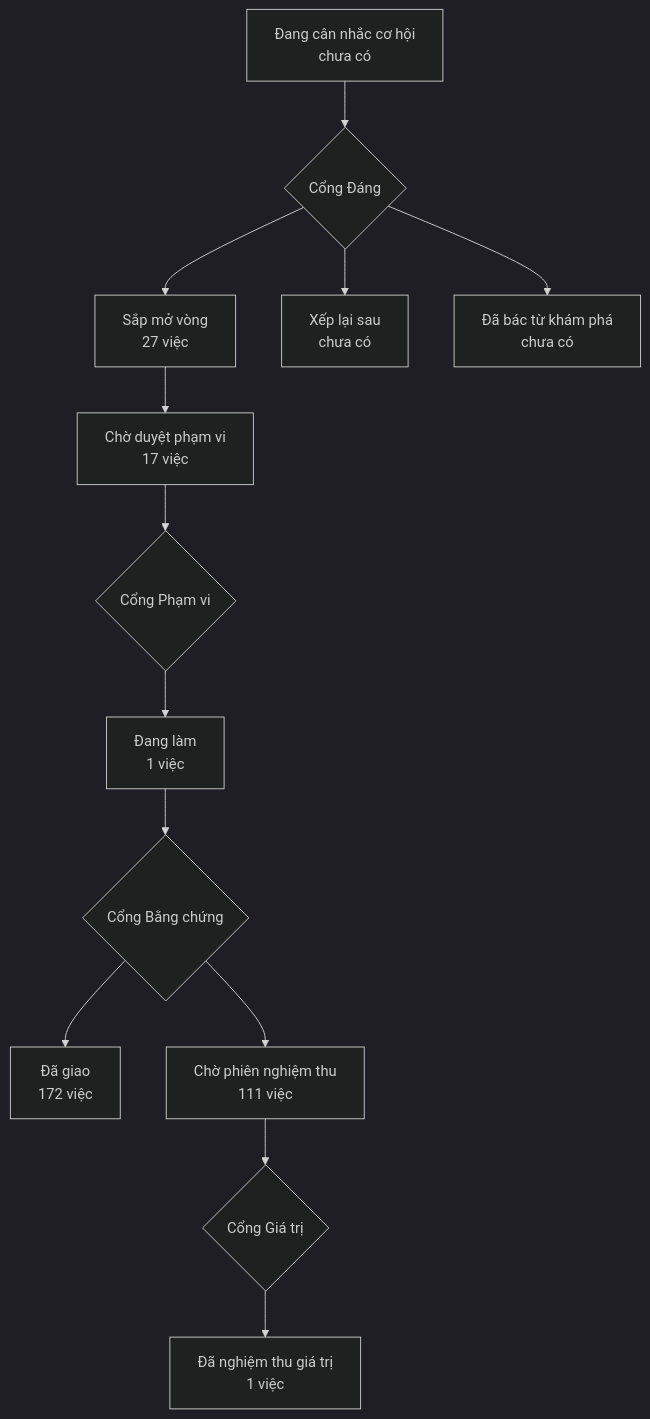
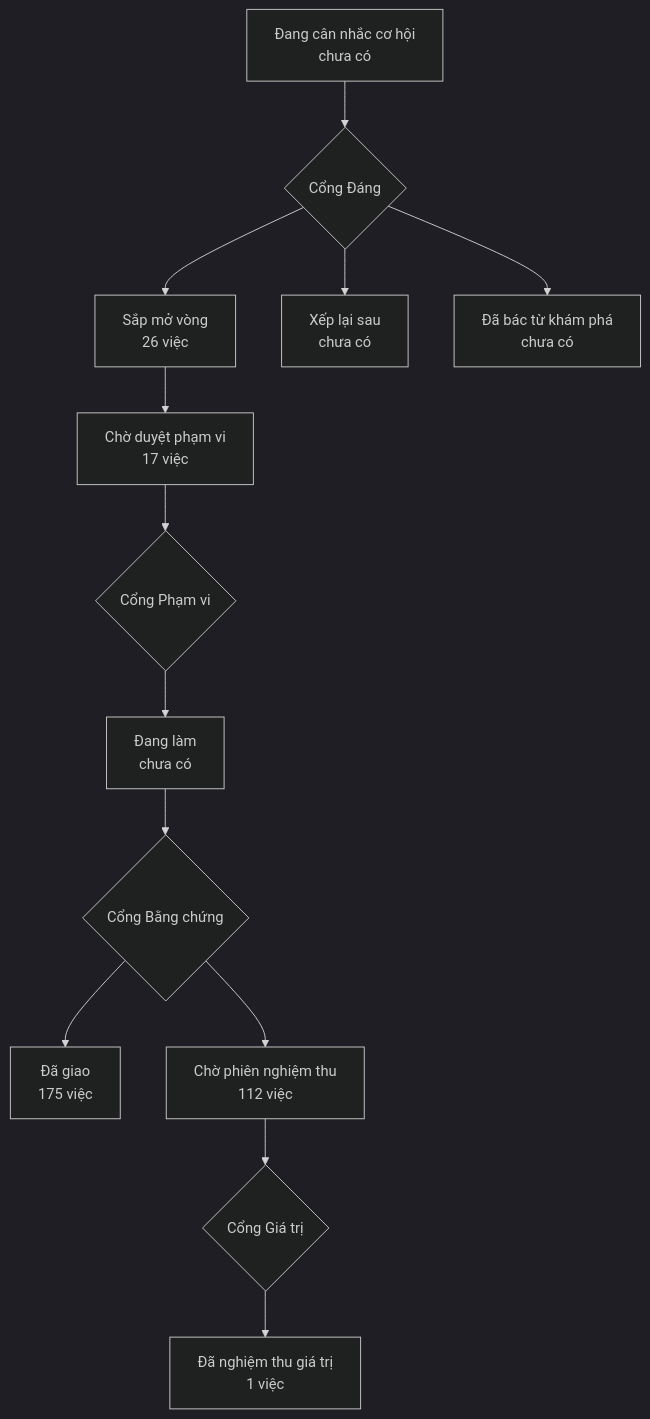
One commit to phanlemanh/onehub-invest changed the diagram in PRODUCT-MAP.md. Above: the diagram before and after it, drawn with Mermaid (dark theme). The commit also changed other lines of this file and 4 other files, not shown here.

````diff
--- a/PRODUCT-MAP.md
+++ b/PRODUCT-MAP.md
@@ -7,12 +7,12 @@
 ```mermaid
 flowchart TD
   A["Đang cân nhắc cơ hội<br/>chưa có"] --> GD{"Cổng Đáng"}
-  GD --> B["Sắp mở vòng<br/>27 việc"]
+  GD --> B["Sắp mở vòng<br/>26 việc"]
   GD --> XL["Xếp lại sau<br/>chưa có"]
   GD --> DB["Đã bác từ khám phá<br/>chưa có"]
   B --> CD["Chờ duyệt phạm vi<br/>17 việc"] --> GP{"Cổng Phạm vi"}
-  GP --> DL["Đang làm<br/>1 việc"] --> GB{"Cổng Bằng chứng"}
-  GB --> DG["Đã giao<br/>172 việc"]
-  GB --> CN["Chờ phiên nghiệm thu<br/>111 việc"] --> GG{"Cổng Giá trị"}
+  GP --> DL["Đang làm<br/>chưa có"] --> GB{"Cổng Bằng chứng"}
+  GB --> DG["Đã giao<br/>175 việc"]
+  GB --> CN["Chờ phiên nghiệm thu<br/>112 việc"] --> GG{"Cổng Giá trị"}
   GG --> NT["Đã nghiệm thu giá trị<br/>1 việc"]
 ```
````
